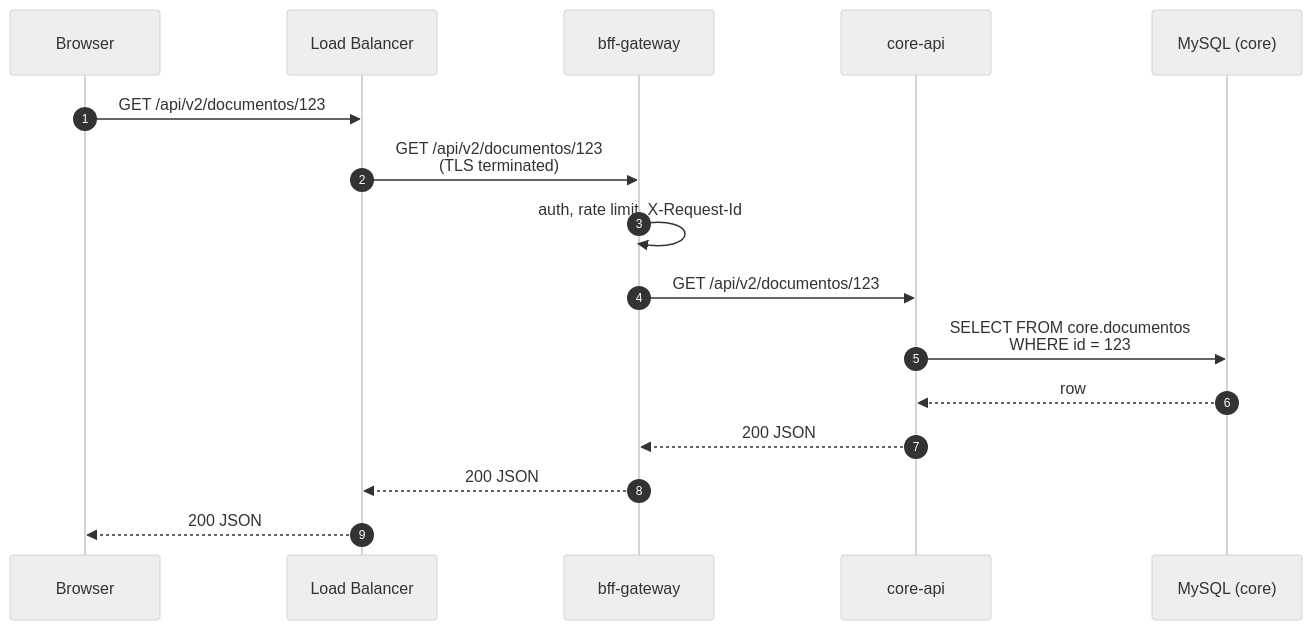
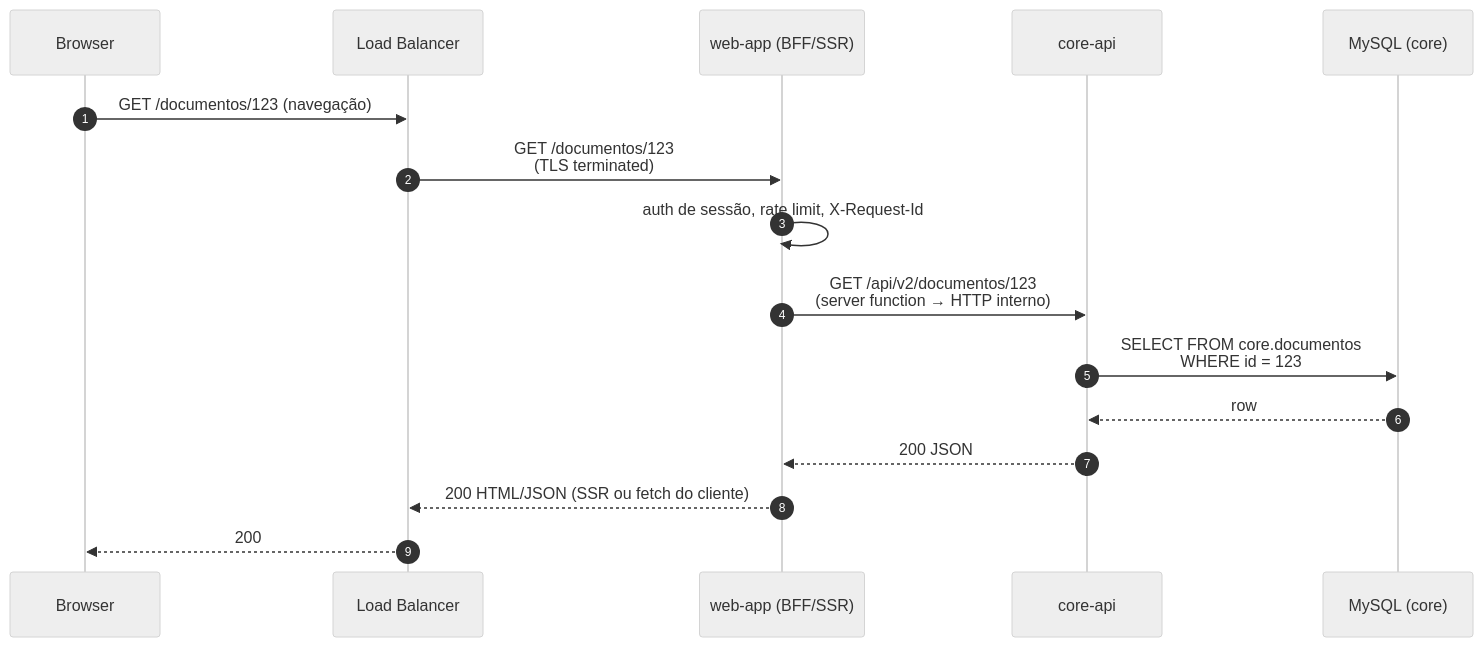
The second of 4 diagrams in docs/topology.md (ERP-Bem-Comum/ERP-INFRA), drawn with Mermaid (neutral theme) before and after one commit. The commit also changed other lines of this file and 2 other files, not shown here.

First line of the commit message:
docs(infra): alinha topologia à arquitetura atual (web-app BFF embutido)

````diff
--- a/docs/topology.md
+++ b/docs/topology.md
@@ -75,19 +77,19 @@
 ```mermaid
 sequenceDiagram
     autonumber
     participant B as Browser
     participant LB as Load Balancer
-    participant BFF as bff-gateway
+    participant WEB as web-app (BFF/SSR)
     participant CORE as core-api
     participant DB as MySQL (core)
 
-    B->>LB: GET /api/v2/documentos/123
-    LB->>BFF: GET /api/v2/documentos/123<br/>(TLS terminated)
-    BFF->>BFF: auth, rate limit, X-Request-Id
-    BFF->>CORE: GET /api/v2/documentos/123
+    B->>LB: GET /documentos/123 (navegação)
+    LB->>WEB: GET /documentos/123<br/>(TLS terminated)
+    WEB->>WEB: auth de sessão, rate limit, X-Request-Id
+    WEB->>CORE: GET /api/v2/documentos/123<br/>(server function → HTTP interno)
     CORE->>DB: SELECT FROM core.documentos<br/>WHERE id = 123
     DB-->>CORE: row
-    CORE-->>BFF: 200 JSON
-    BFF-->>LB: 200 JSON
-    LB-->>B: 200 JSON
+    CORE-->>WEB: 200 JSON
+    WEB-->>LB: 200 HTML/JSON (SSR ou fetch do cliente)
+    LB-->>B: 200
 ```
````
